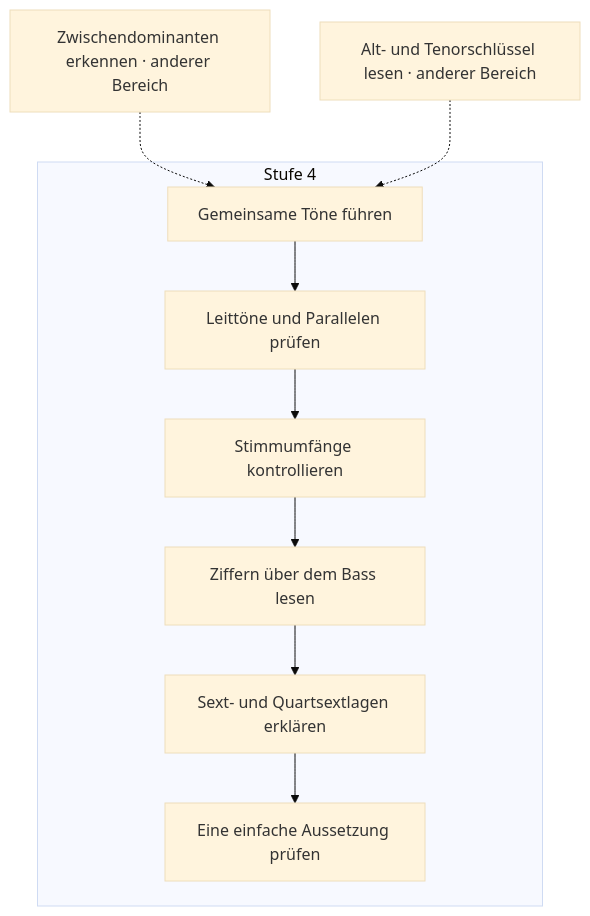
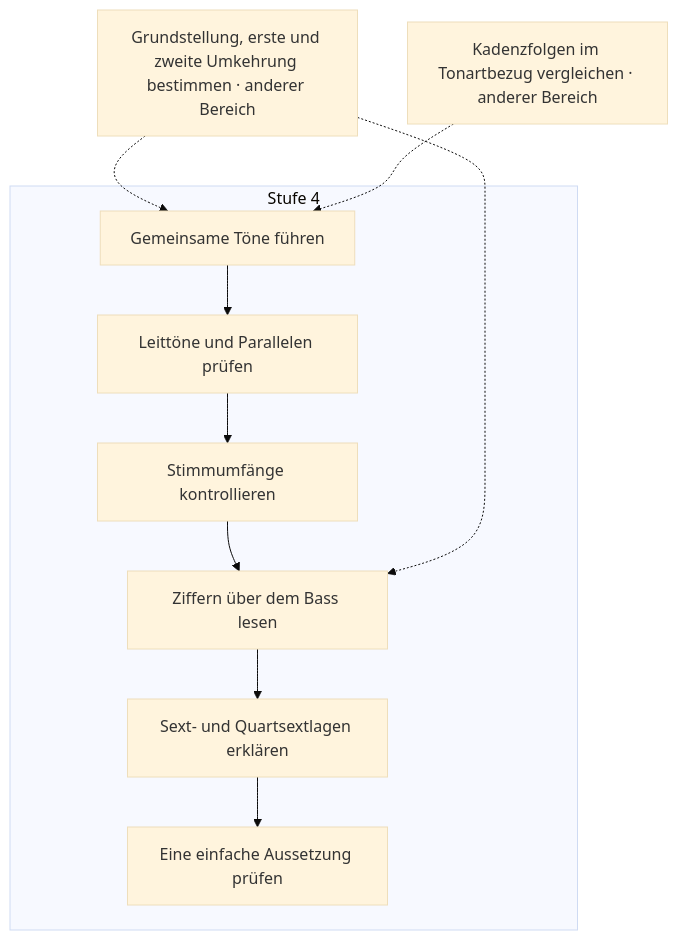
Before and after one commit to PhiFa96/harmonia: diagram 14 of 16 in docs/plan/faehigkeitsgraph-diagramme.md, drawn with Mermaid (base theme). The commit also changed other lines of this file and 1 other file, not shown here.

First line of the commit message:
fix(content): fachlich begründete Voraussetzungen für Stufe 3 und 4 (G-14, A6, A7)

````diff
--- a/docs/plan/faehigkeitsgraph-diagramme.md
+++ b/docs/plan/faehigkeitsgraph-diagramme.md
@@ -949,20 +975,21 @@
 ```mermaid
 flowchart TD
   subgraph level4["Stufe 4"]
     s138["Gemeinsame Töne führen"]
     s139["Leittöne und Parallelen prüfen"]
     s140["Stimmumfänge kontrollieren"]
     s141["Ziffern über dem Bass lesen"]
     s142["Sext- und Quartsextlagen erklären"]
     s143["Eine einfache Aussetzung prüfen"]
   end
-  s135["Zwischendominanten erkennen · anderer Bereich"]
-  s127["Alt- und Tenorschlüssel lesen · anderer Bereich"]
-  s135 -.-> s138
-  s127 -.-> s138
+  s73["Grundstellung, erste und zweite Umkehrung bestimmen · anderer Bereich"]
+  s101["Kadenzfolgen im Tonartbezug vergleichen · anderer Bereich"]
+  s73 -.-> s138
+  s101 -.-> s138
   s138 --> s139
   s139 --> s140
   s140 --> s141
+  s73 -.-> s141
   s141 --> s142
   s142 --> s143
 ```
````
